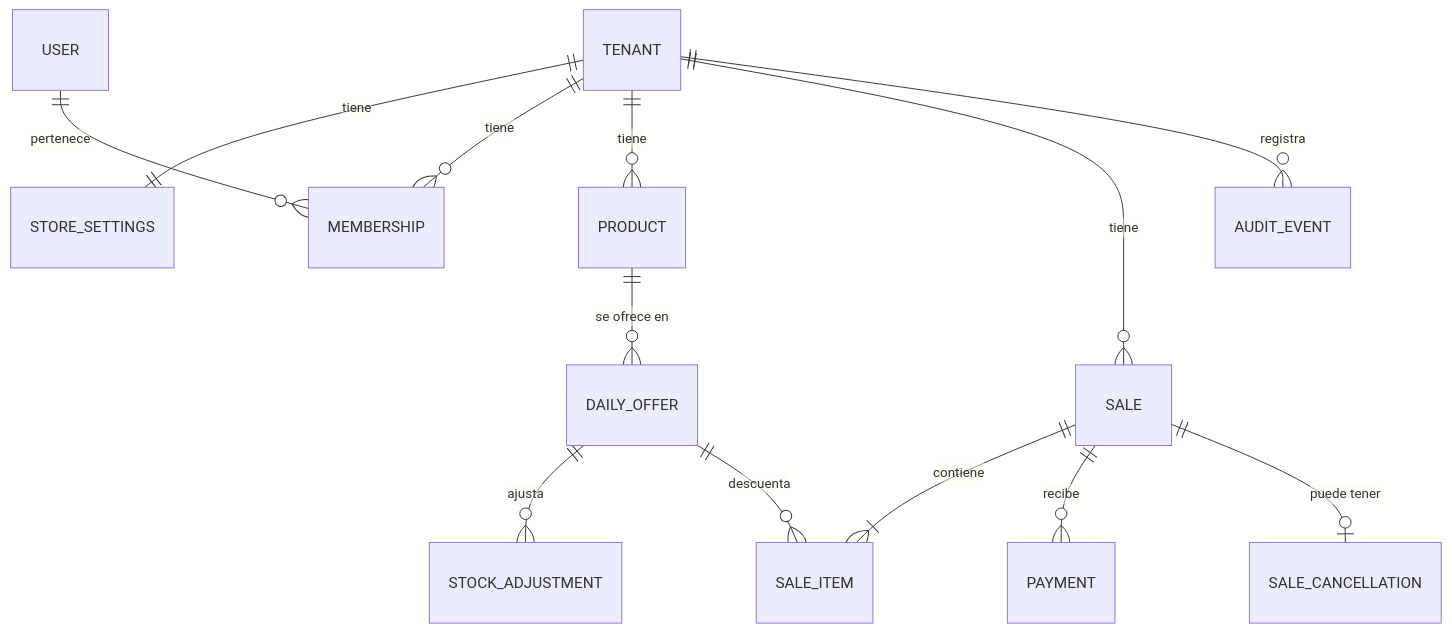
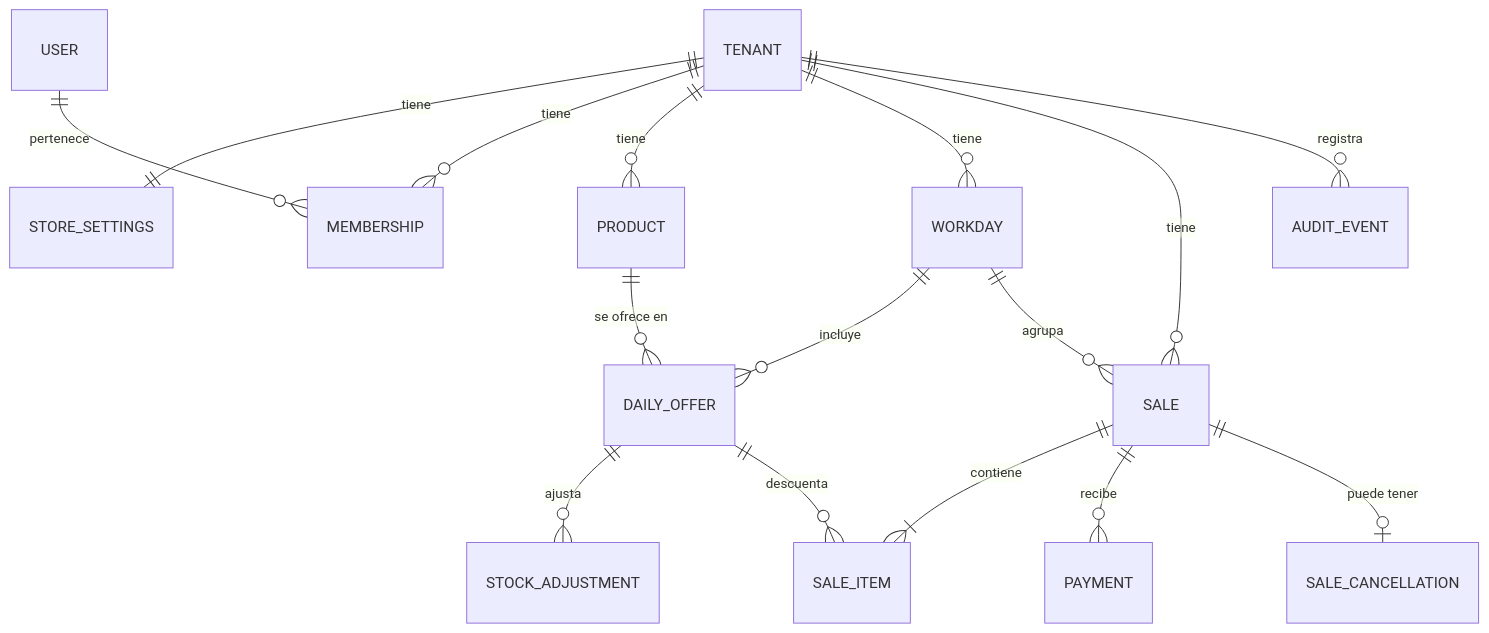
One commit to lsprz2773/POS changed the diagram in docs/dominio.md. Above: the diagram before and after it, drawn with Mermaid. The commit also changed other lines of this file and 2 other files, not shown here.

````diff
--- a/docs/dominio.md
+++ b/docs/dominio.md
@@ -14,15 +14,18 @@
 ```mermaid
 erDiagram
   TENANT ||--|| STORE_SETTINGS : tiene
   TENANT ||--o{ MEMBERSHIP : tiene
   USER ||--o{ MEMBERSHIP : pertenece
   TENANT ||--o{ PRODUCT : tiene
+  TENANT ||--o{ WORKDAY : tiene
+  WORKDAY ||--o{ DAILY_OFFER : incluye
   PRODUCT ||--o{ DAILY_OFFER : "se ofrece en"
   DAILY_OFFER ||--o{ STOCK_ADJUSTMENT : ajusta
+  WORKDAY ||--o{ SALE : agrupa
   TENANT ||--o{ SALE : tiene
   SALE ||--|{ SALE_ITEM : contiene
   DAILY_OFFER ||--o{ SALE_ITEM : descuenta
   SALE ||--o{ PAYMENT : recibe
   SALE ||--o| SALE_CANCELLATION : "puede tener"
   TENANT ||--o{ AUDIT_EVENT : registra
 ```
````
